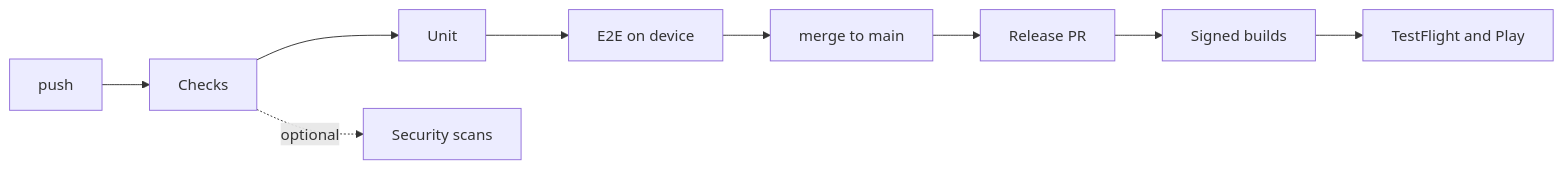
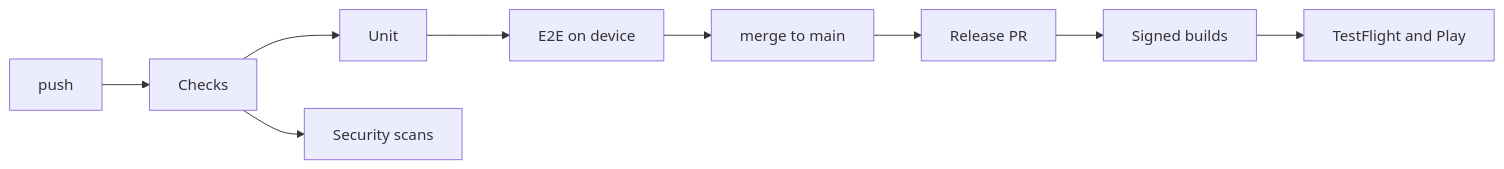
The diagram in README.md (blinkbitcoin/react-native-mobile-template), drawn with Mermaid before and after one commit. The commit also changed other lines of this file and 10 other files, not shown here.

````diff
--- a/README.md
+++ b/README.md
@@ -33,7 +33,7 @@
 ```mermaid
 flowchart LR
   push[push] --> checks[Checks] --> unit[Unit] --> e2e[E2E on device]
-  checks -.->|optional| sec[Security scans]
+  checks --> sec[Security scans]
   e2e --> merge[merge to main]
   merge --> relpr[Release PR] --> build[Signed builds] --> stores[TestFlight and Play]
 ```
````
